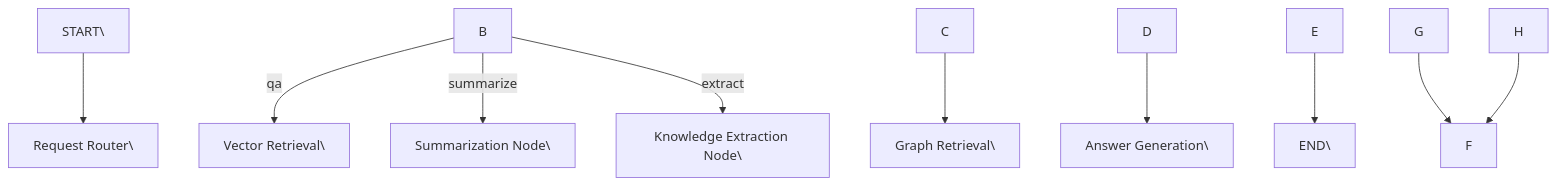
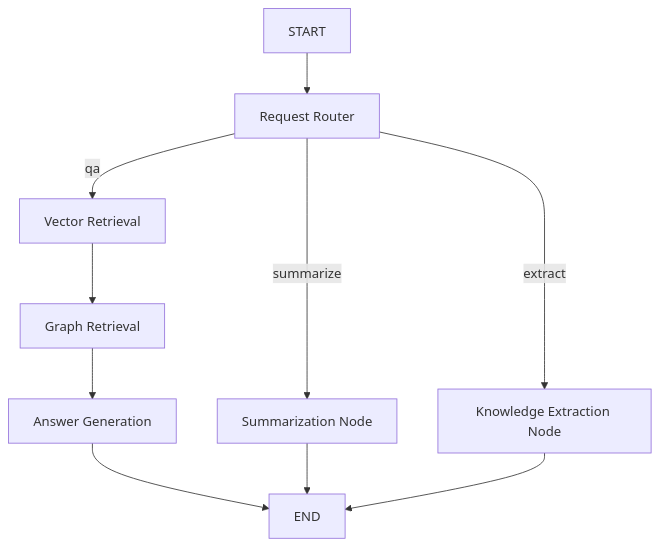
Before and after one commit to ssandhya1184/research-paper-knowledge-graph: the third of 3 diagrams in README.md, drawn with Mermaid. The commit also changed other lines of this file, not shown here.

````diff
--- a/README.md
+++ b/README.md
@@ -762,23 +599,12 @@
 ```mermaid
-
 flowchart TD
-
-    A\[START\] --> B\[Request Router\]
-
-    B -->|qa| C\[Vector Retrieval\]
-
-    C --> D\[Graph Retrieval\]
-
-    D --> E\[Answer Generation\]
-
-    E --> F\[END\]
-
-    B -->|summarize| G\[Summarization Node\]
-
-    G --> F
-
-    B -->|extract| H\[Knowledge Extraction Node\]
-
-    H --> F
-
+A[START] --> B[Request Router]
+B -->|qa| C[Vector Retrieval]
+C --> D[Graph Retrieval]
+D --> E[Answer Generation]
+E --> F[END]
+B -->|summarize| G[Summarization Node]
+G --> F
+B -->|extract| H[Knowledge Extraction Node]
+H --> F
 ```
````
